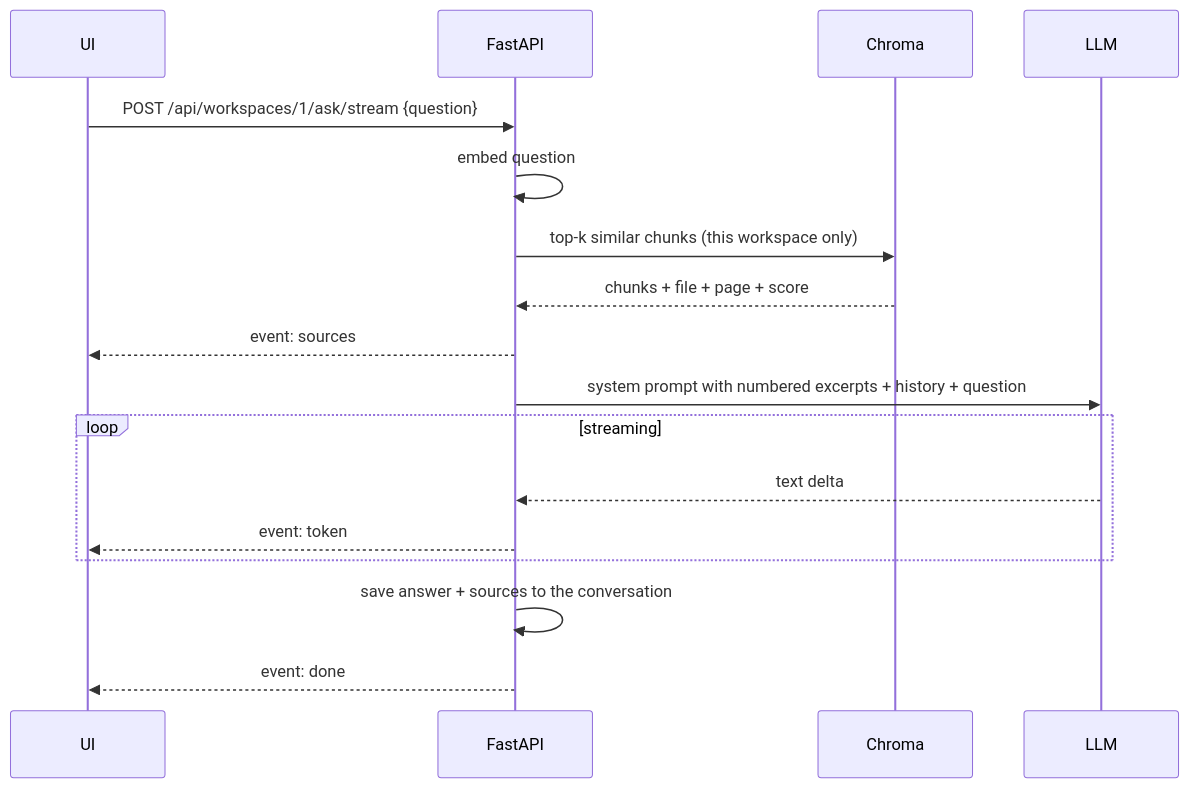
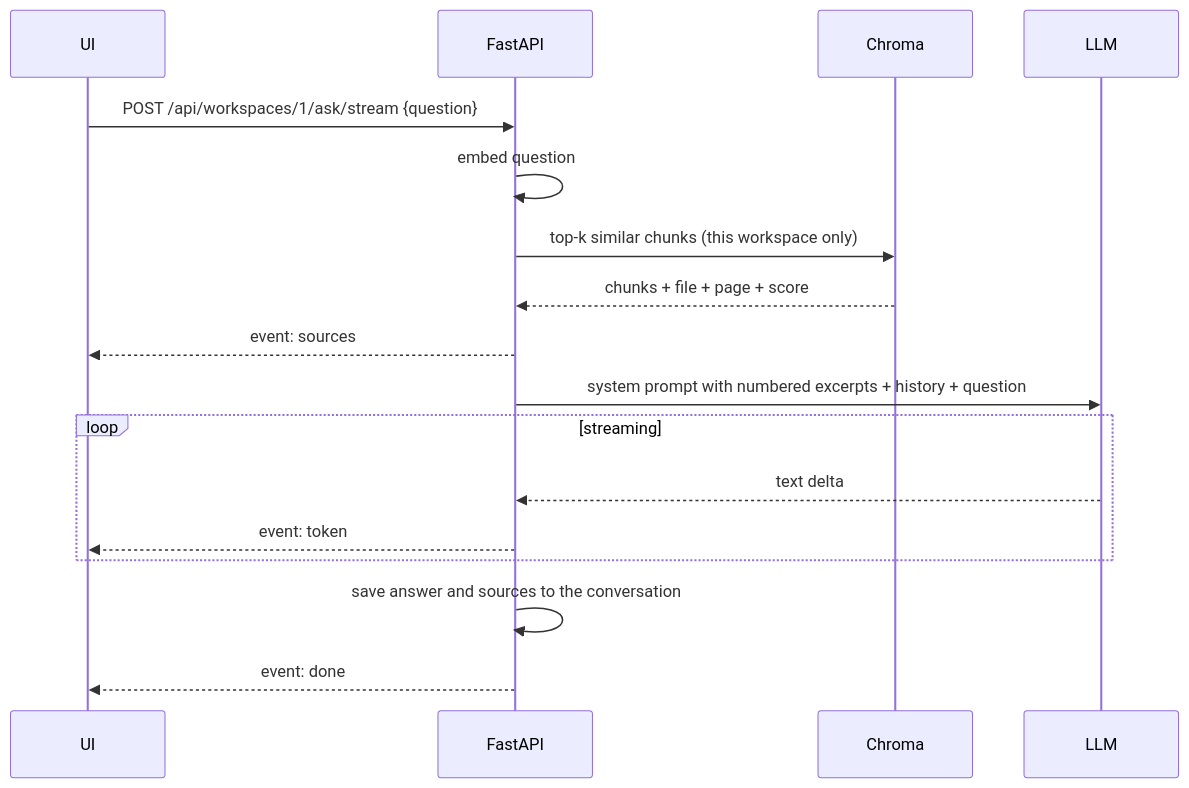
One commit to fagundespenta/docmind changed the second of 2 diagrams in README.md. Above: the diagram before and after it, drawn with Mermaid. The commit also changed other lines of this file, not shown here.

````diff
--- a/README.md
+++ b/README.md
@@ -77,19 +59,19 @@
 ```mermaid
 sequenceDiagram
     participant U as UI
     participant A as FastAPI
     participant V as Chroma
     participant L as LLM
     U->>A: POST /api/workspaces/1/ask/stream {question}
     A->>A: embed question
     A->>V: top-k similar chunks (this workspace only)
     V-->>A: chunks + file + page + score
     A-->>U: event: sources
     A->>L: system prompt with numbered excerpts + history + question
     loop streaming
         L-->>A: text delta
         A-->>U: event: token
     end
-    A->>A: save answer + sources to the conversation
+    A->>A: save answer and sources to the conversation
     A-->>U: event: done
 ```
````
